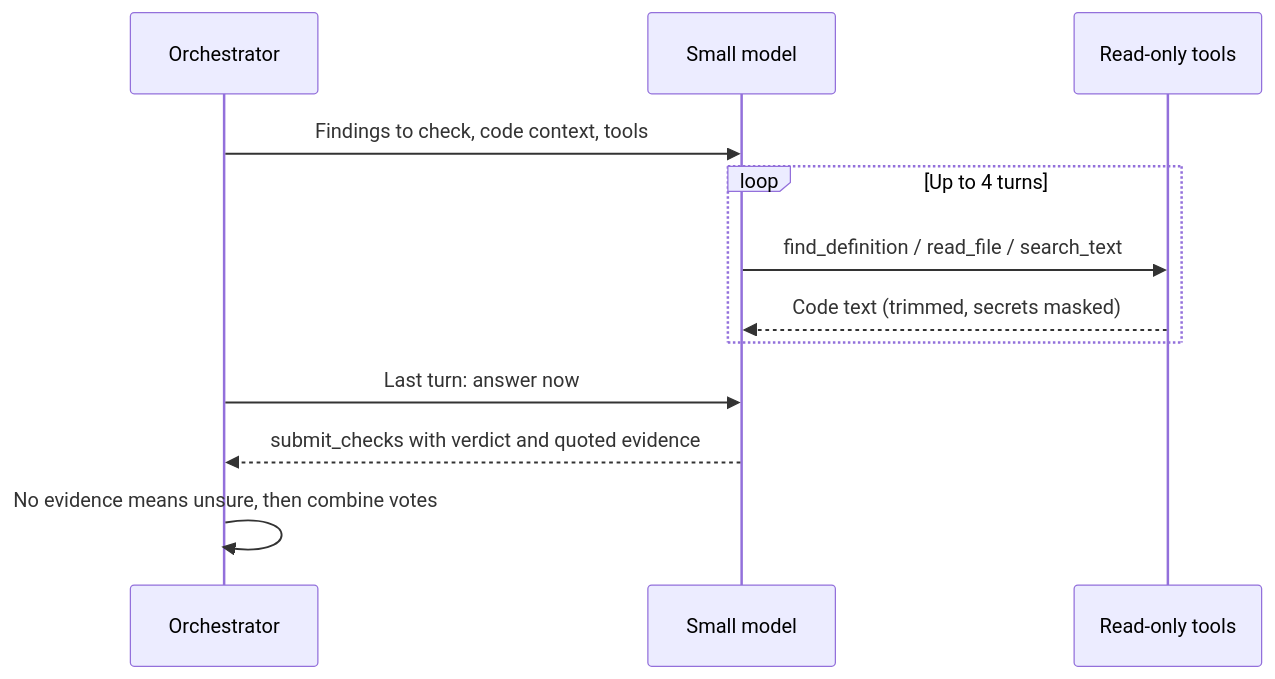
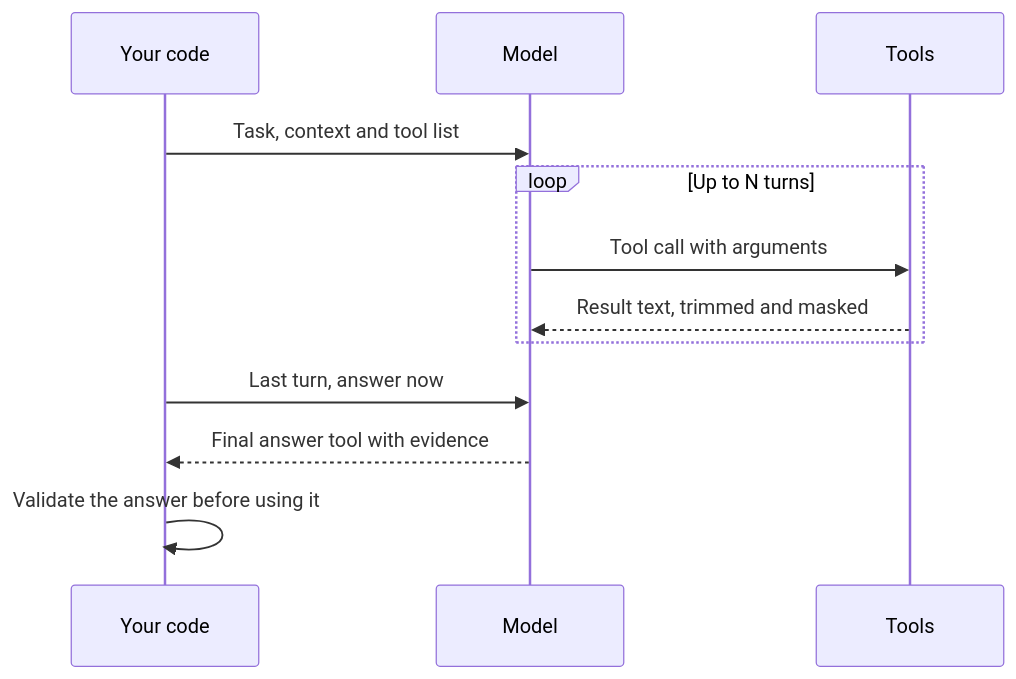
Before and after one commit to MorrisMMBongas/Building-AI-Features-Agents-That-Work-in-Prod: the third of 3 diagrams in README.md, drawn with Mermaid. The commit also changed other lines of this file, not shown here.

````diff
--- a/README.md
+++ b/README.md
@@ -204,14 +275,14 @@
 ```mermaid
 sequenceDiagram
-    participant Code as Orchestrator
-    participant Model as Small model
-    participant Tools as Read-only tools
-    Code->>Model: Findings to check, code context, tools
-    loop Up to 4 turns
-        Model->>Tools: find_definition / read_file / search_text
-        Tools-->>Model: Code text (trimmed, secrets masked)
+    participant App as Your code
+    participant Model as Model
+    participant Tools as Tools
+    App->>Model: Task, context and tool list
+    loop Up to N turns
+        Model->>Tools: Tool call with arguments
+        Tools-->>Model: Result text, trimmed and masked
     end
-    Code->>Model: Last turn: answer now
-    Model-->>Code: submit_checks with verdict and quoted evidence
-    Code->>Code: No evidence means unsure, then combine votes
+    App->>Model: Last turn, answer now
+    Model-->>App: Final answer tool with evidence
+    App->>App: Validate the answer before using it
 ```
````
